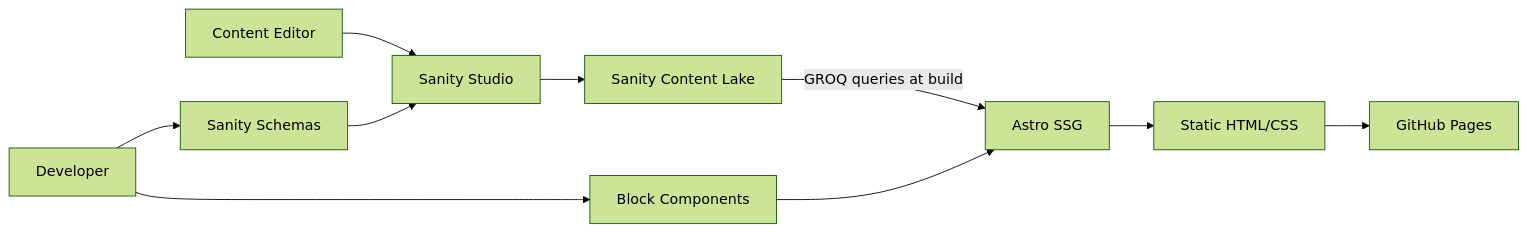
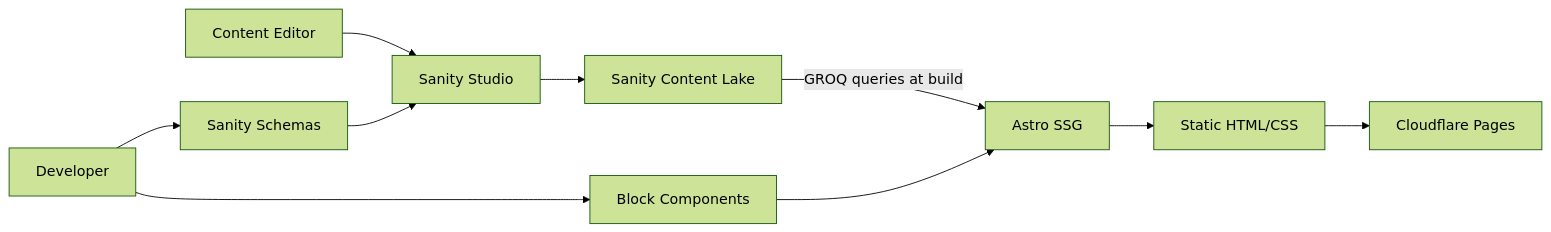
The first of 3 diagrams in docs/team/onboarding-guide.md (gsinghjay/astro-shadcn-sanity), drawn with Mermaid (forest theme) before and after one commit. The commit also changed other lines of this file and 2 other files, not shown here.

Commit message:
docs: update README with tech badges and team section, add git workflow guide, update onboarding guide

````diff
--- a/docs/team/onboarding-guide.md
+++ b/docs/team/onboarding-guide.md
@@ -44,12 +44,12 @@
 ```mermaid
 flowchart LR
     Editor[Content Editor] --> Studio[Sanity Studio]
     Studio --> Lake[Sanity Content Lake]
     Lake -->|GROQ queries at build| Astro[Astro SSG]
     Astro --> Static[Static HTML/CSS]
-    Static --> Host[GitHub Pages]
+    Static --> Host[Cloudflare Pages]
     Dev[Developer] --> Blocks[Block Components]
     Dev --> Schemas[Sanity Schemas]
     Blocks --> Astro
     Schemas --> Studio
 ```
````
